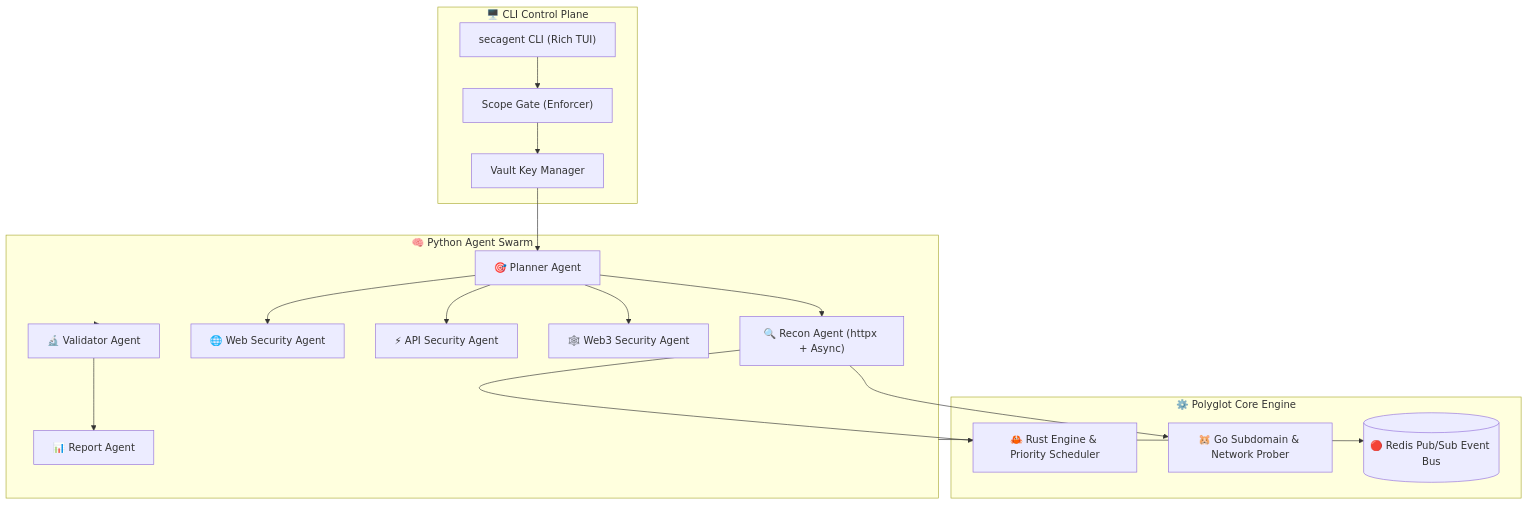
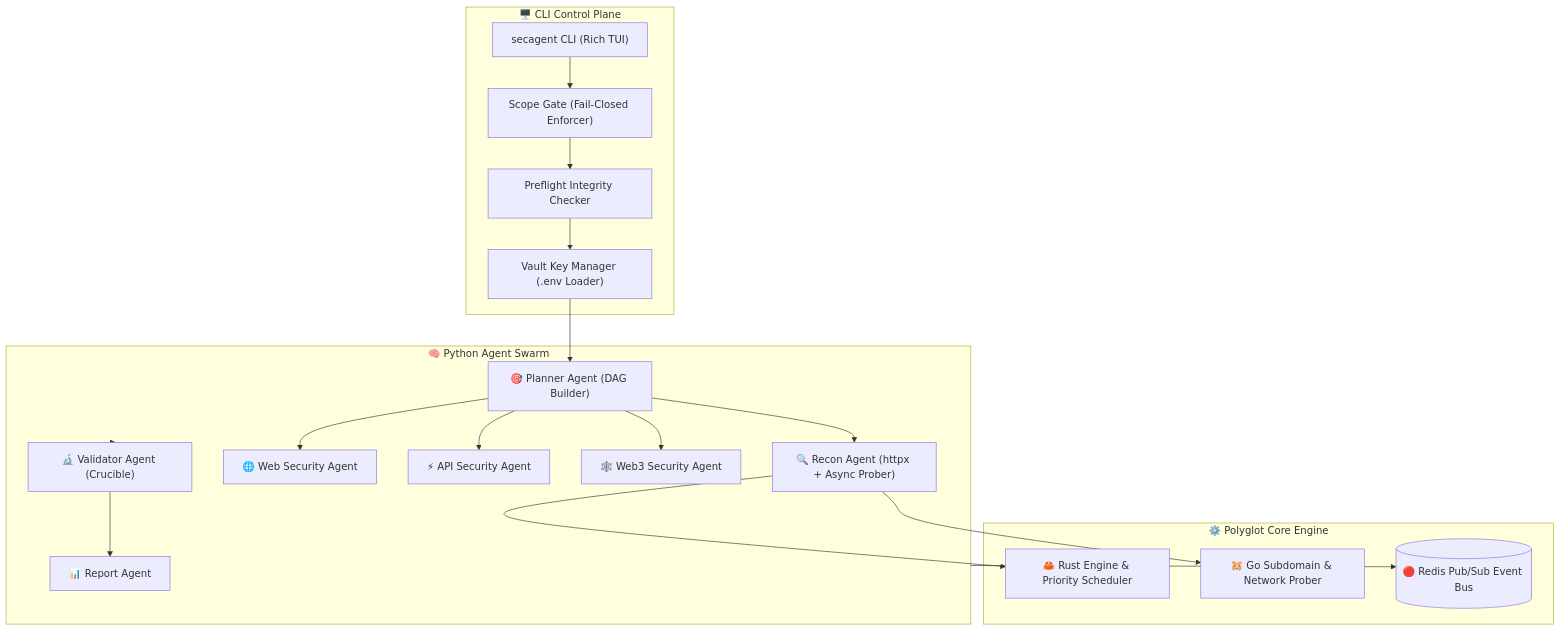
The first of 4 diagrams in README.md (gl1tch0x1/cog-ai), drawn with Mermaid before and after one commit. The commit also changed other lines of this file, not shown here.

First line of the commit message:
docs(readme): expand README with comprehensive capabilities matrix, deliverable schemas, and detailed troubleshooting guide

````diff
--- a/README.md
+++ b/README.md
@@ -109,37 +112,39 @@
 ```mermaid
 graph TB
     subgraph CLI_LAYER["🖥️ CLI Control Plane"]
         CLI["secagent CLI (Rich TUI)"]
-        SCOPE["Scope Gate (Enforcer)"]
-        VAULT["Vault Key Manager"]
+        SCOPE["Scope Gate (Fail-Closed Enforcer)"]
+        VAULT["Vault Key Manager (.env Loader)"]
+        PREFLIGHT["Preflight Integrity Checker"]
     end
 
     subgraph SWARM_LAYER["🧠 Python Agent Swarm"]
-        PLANNER["🎯 Planner Agent"]
-        RECON["🔍 Recon Agent (httpx + Async)"]
+        PLANNER["🎯 Planner Agent (DAG Builder)"]
+        RECON["🔍 Recon Agent (httpx + Async Prober)"]
         WEB["🌐 Web Security Agent"]
         API["⚡ API Security Agent"]
         WEB3["🕸️ Web3 Security Agent"]
-        VALIDATOR["🔬 Validator Agent"]
+        VALIDATOR["🔬 Validator Agent (Crucible)"]
         REPORTER["📊 Report Agent"]
     end
 
     subgraph ENGINE_LAYER["⚙️ Polyglot Core Engine"]
         RUST["🦀 Rust Engine & Priority Scheduler"]
         GO["🐹 Go Subdomain & Network Prober"]
         REDIS[("🔴 Redis Pub/Sub Event Bus")]
     end
 
     CLI --> SCOPE
-    SCOPE --> VAULT
+    SCOPE --> PREFLIGHT
+    PREFLIGHT --> VAULT
     VAULT --> PLANNER
     PLANNER --> RECON
     PLANNER --> WEB
     PLANNER --> API
     PLANNER --> WEB3
     RECON --> GO
     RECON --> RUST
     SWARM_LAYER --> REDIS
     SWARM_LAYER --> VALIDATOR
     VALIDATOR --> REPORTER
 ```
````
